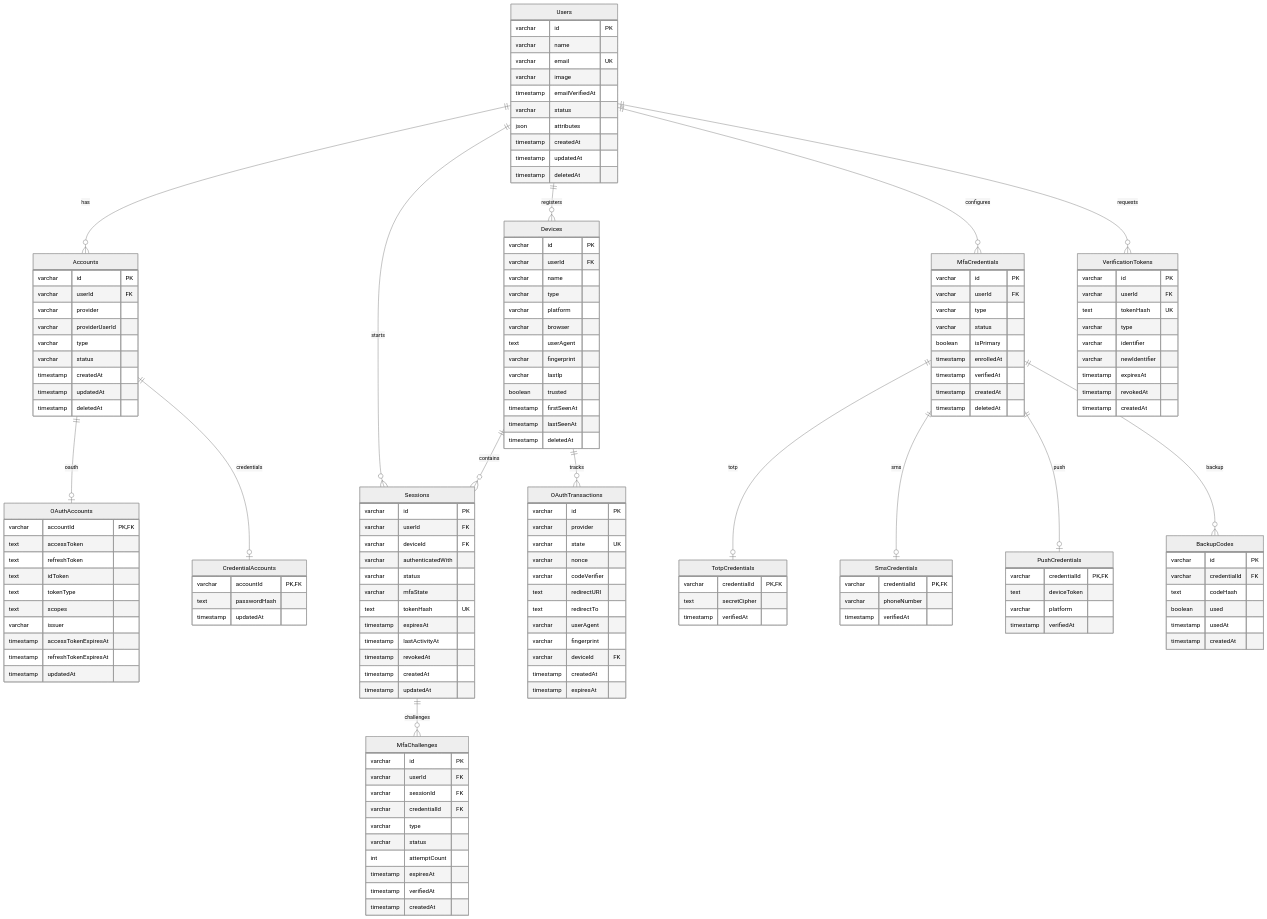
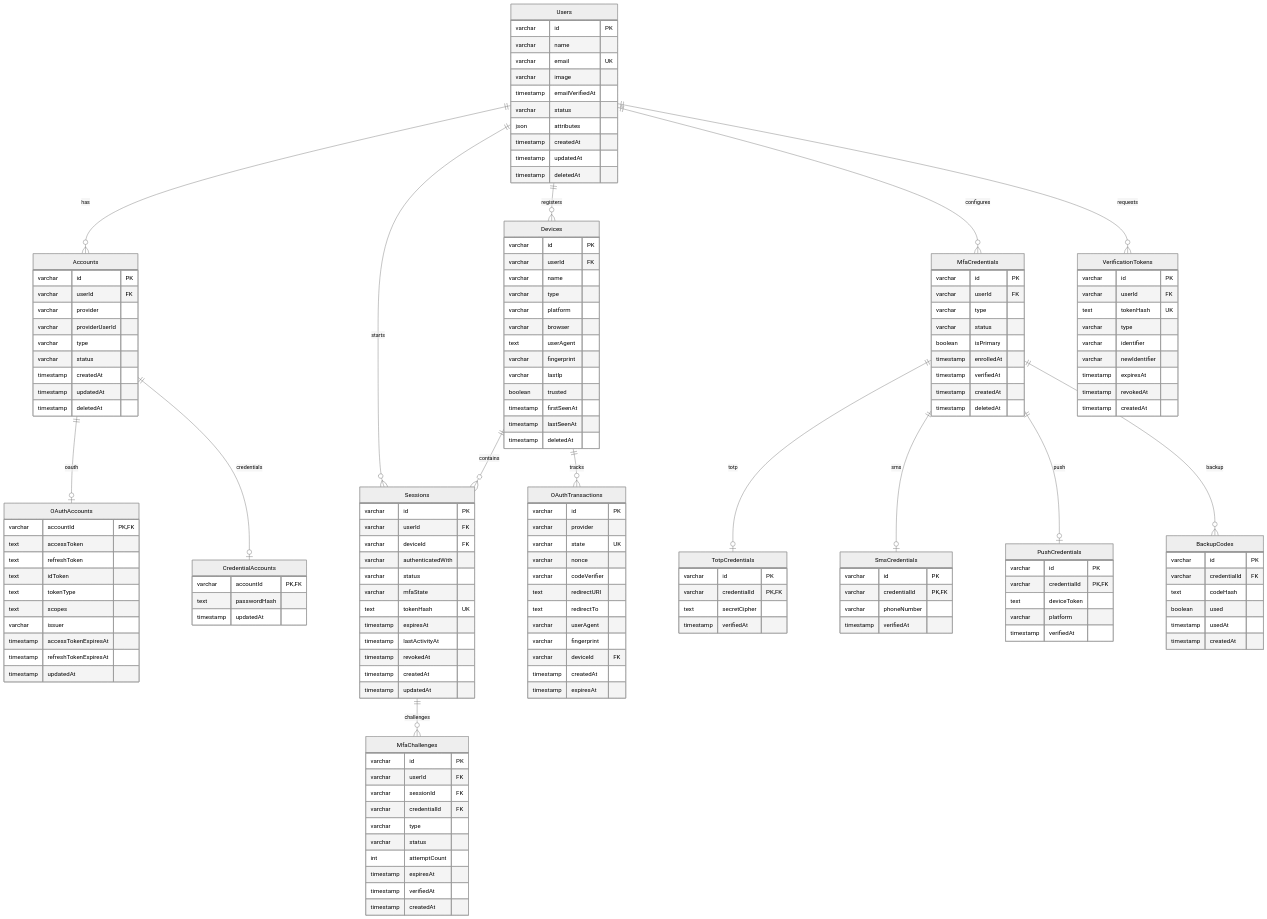
One commit to aura-stack-ts/auth changed the diagram in packages/core/.docs/database-model.md. Above: the diagram before and after it, drawn with Mermaid (neutral theme). The commit also changed 2 other files, not shown here.

Commit message:
chore(core): update model entities and adapter interfaces

```diff
--- a/packages/core/.docs/database-model.md
+++ b/packages/core/.docs/database-model.md
@@ -103,18 +103,21 @@
 }
 
 TotpCredentials {
+  varchar id PK
   varchar credentialId PK,FK
   text secretCipher
   timestamp verifiedAt
 }
 
 SmsCredentials {
+  varchar id PK
   varchar credentialId PK,FK
   varchar phoneNumber
   timestamp verifiedAt
 }
 
 PushCredentials {
+  varchar id PK
   varchar credentialId PK,FK
   text deviceToken
   varchar platform
```
